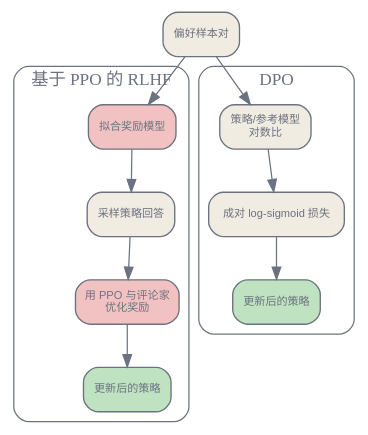
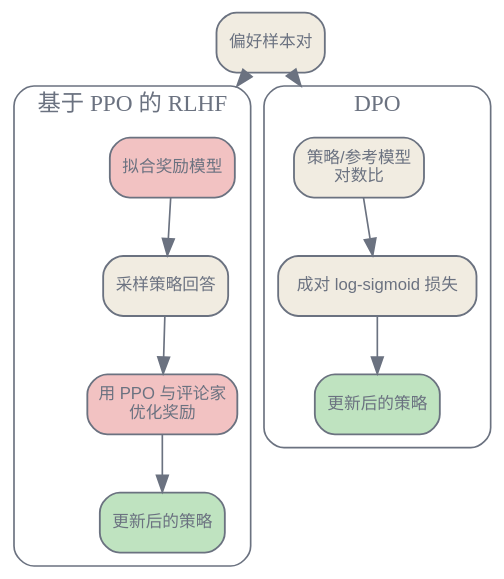
Before and after one commit to latere-ai/ai-as-an-infrastructure: the first of 2 diagrams in zh/adaptation/04-dpo-variants.qmd, drawn with Graphviz. The commit also changed 1 other file, not shown here.

Commit message:
adaptation: dpo reduction arrows end at the cluster borders, zh source at the en type size

````diff
--- a/zh/adaptation/04-dpo-variants.qmd
+++ b/zh/adaptation/04-dpo-variants.qmd
@@ -25,37 +25,37 @@
 ```{dot}
 //| label: fig-dpo-variants-reduction
 //| fig-cap: "基于 PPO 的 RLHF 先学习奖励，再针对奖励优化策略。DPO 把策略与参考模型的对数比代入偏好似然，直接在保存下来的样本对上训练。"
 digraph {
   bgcolor="transparent";
   rankdir=TB;
-  size="3.1,12"; ratio=compress;
+  compound=true;
   nodesep=0.28; ranksep=0.48;
-  node [shape=box, style="rounded,filled", fontname="Helvetica", fontsize=9,
+  node [shape=box, style="rounded,filled", fontname="Helvetica", fontsize=10,
         color="#6b7280", fontcolor="#6b7280", fillcolor="#f1ece1", penwidth=1.1];
-  edge [fontsize=8, fontname="Helvetica", color="#6b7280", fontcolor="#6b7280"];
+  edge [fontsize=9, fontname="Helvetica", color="#6b7280", fontcolor="#6b7280"];
 
   pairs [label="偏好样本对"];
 
   subgraph cluster_rlhf {
     label="基于 PPO 的 RLHF";
     style=rounded; color="#6b7280"; fontcolor="#6b7280";
     rm [label="拟合奖励模型", fillcolor="#f2c2c2"];
     roll [label="采样策略回答"];
     ppo [label="用 PPO 与评论家\n优化奖励", fillcolor="#f2c2c2"];
     out1 [label="更新后的策略", fillcolor="#bfe3c0"];
     rm -> roll -> ppo -> out1;
   }
 
   subgraph cluster_dpo {
     label="DPO";
     style=rounded; color="#6b7280"; fontcolor="#6b7280";
     score [label="策略/参考模型\n对数比"];
     loss [label="成对 log-sigmoid 损失"];
     out2 [label="更新后的策略", fillcolor="#bfe3c0"];
     score -> loss -> out2;
   }
 
-  pairs -> rm;
-  pairs -> score;
+  pairs -> rm [lhead=cluster_rlhf];
+  pairs -> score [lhead=cluster_dpo];
 }
 ```
````
